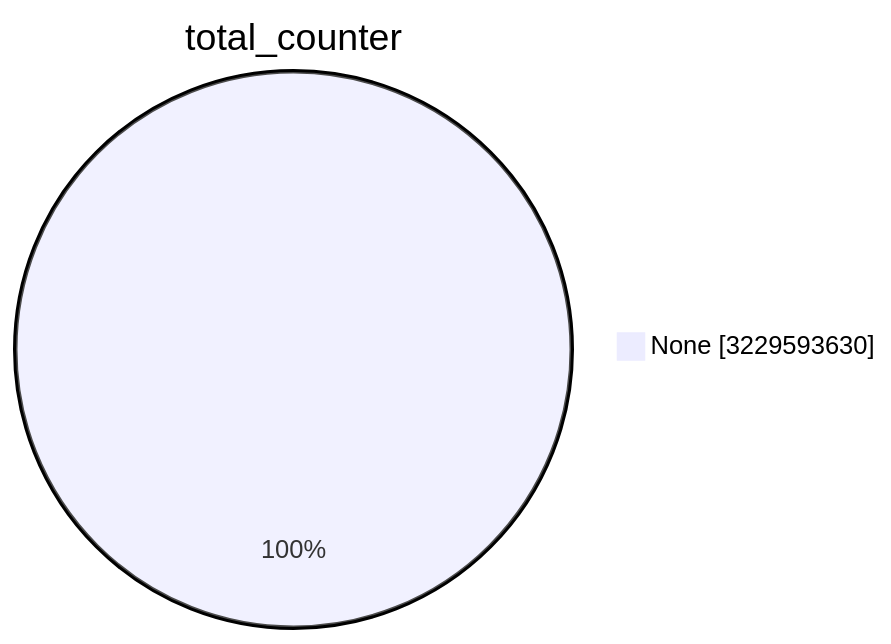
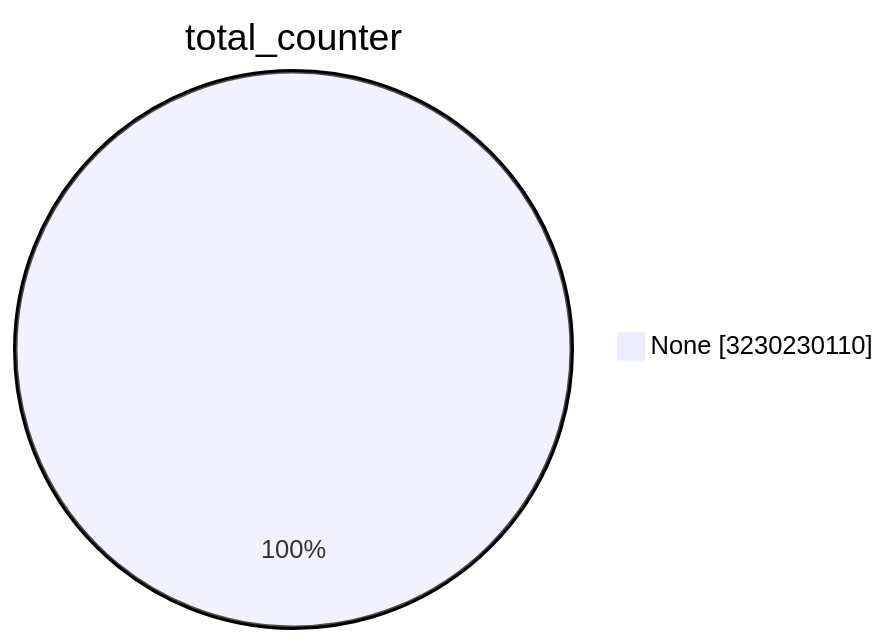
Before and after one commit to christiankrug/ctmonitor_visualization: the first of 15 diagrams in TOTAL/README.md, drawn with Mermaid. The commit also changed other lines of this file, not shown here.

````diff
--- a/TOTAL/README.md
+++ b/TOTAL/README.md
@@ -1,5 +1,5 @@
 ```mermaid
 pie showData
 title total_counter
-"None" :3229593630
+"None" :3230230110
 ```
````
